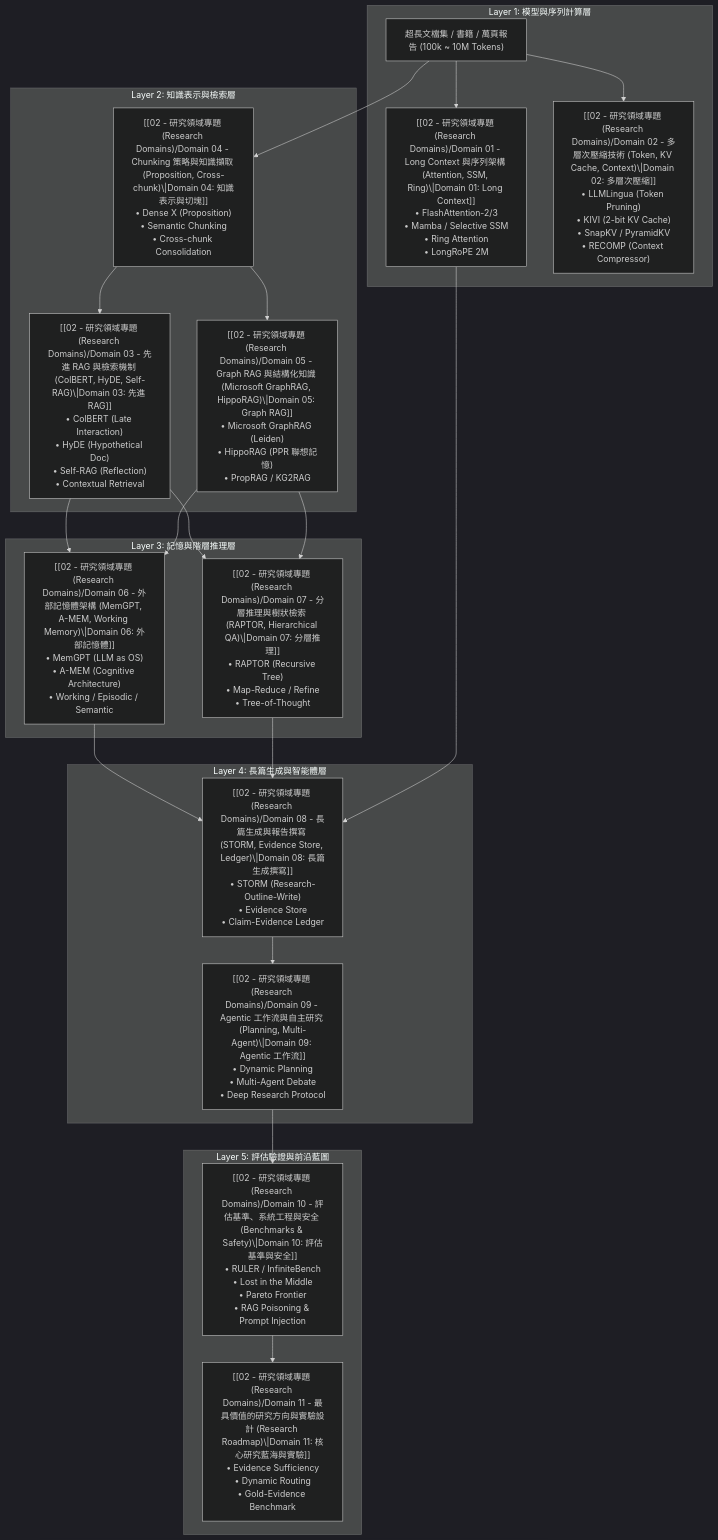
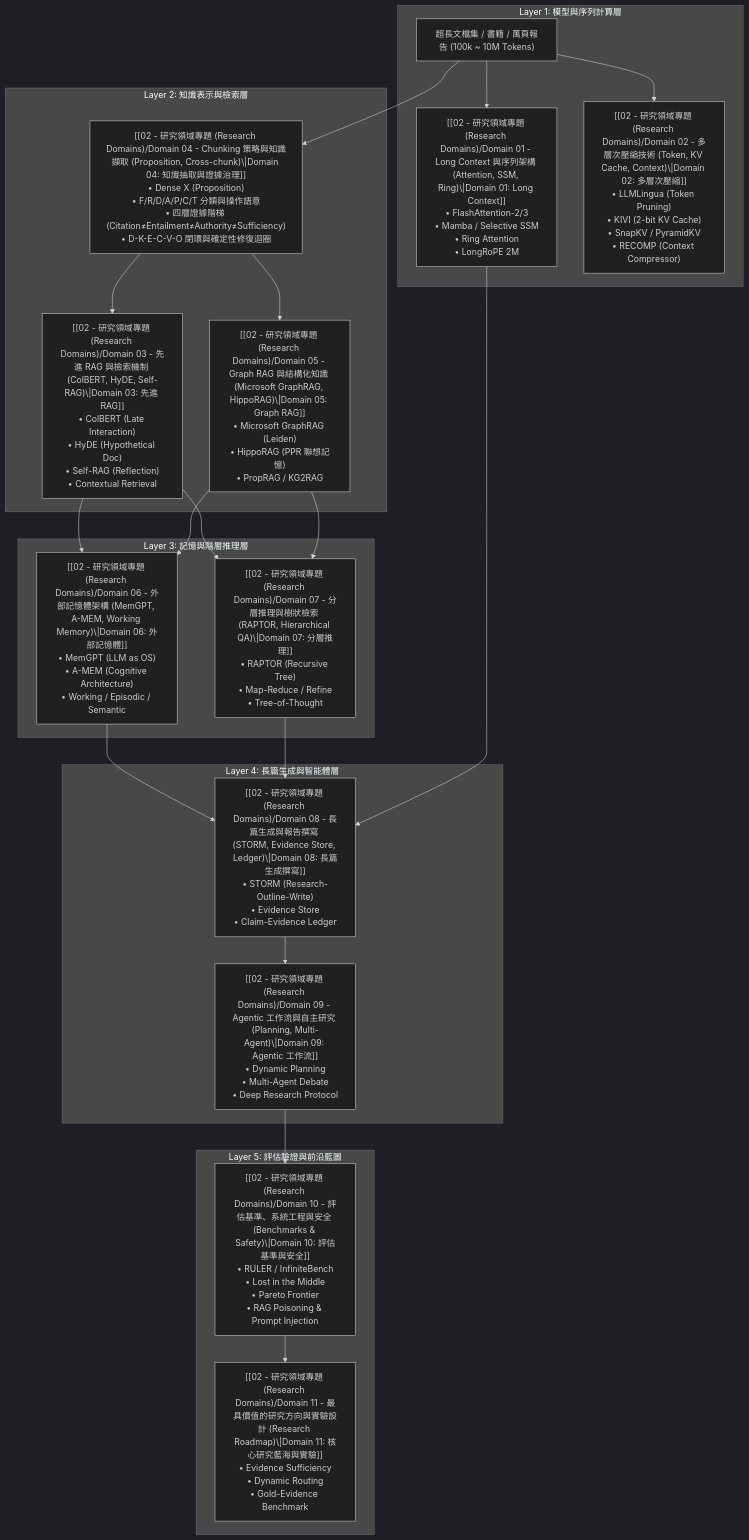
One commit to Cycl0n3-ga/RAG-survey changed the diagram in 00 - 導覽與心智圖 (Navigation & MOC)/LLM 超長文件處理心智圖 (MOC).md. Above: the diagram before and after it, drawn with Mermaid (dark theme). The commit also changed other lines of this file and 6 other files, not shown here.

````diff
--- a/00 - 導覽與心智圖 (Navigation & MOC)/LLM 超長文件處理心智圖 (MOC).md
+++ b/00 - 導覽與心智圖 (Navigation & MOC)/LLM 超長文件處理心智圖 (MOC).md
@@ -18,30 +18,30 @@
 ```mermaid
 graph TD
     DOC["超長文檔集 / 書籍 / 萬頁報告 (100k ~ 10M Tokens)"]
 
     subgraph Layer 1: 模型與序列計算層
         DOC --> LC["[[02 - 研究領域專題 (Research Domains)/Domain 01 - Long Context 與序列架構 (Attention, SSM, Ring)\|Domain 01: Long Context]]<br>• FlashAttention-2/3<br>• Mamba / Selective SSM<br>• Ring Attention<br>• LongRoPE 2M"]
         DOC --> CP["[[02 - 研究領域專題 (Research Domains)/Domain 02 - 多層次壓縮技術 (Token, KV Cache, Context)\|Domain 02: 多層次壓縮]]<br>• LLMLingua (Token Pruning)<br>• KIVI (2-bit KV Cache)<br>• SnapKV / PyramidKV<br>• RECOMP (Context Compressor)"]
     end
 
     subgraph Layer 2: 知識表示與檢索層
-        DOC --> CK["[[02 - 研究領域專題 (Research Domains)/Domain 04 - Chunking 策略與知識擷取 (Proposition, Cross-chunk)\|Domain 04: 知識表示與切塊]]<br>• Dense X (Proposition)<br>• Semantic Chunking<br>• Cross-chunk Consolidation"]
+        DOC --> CK["[[02 - 研究領域專題 (Research Domains)/Domain 04 - Chunking 策略與知識擷取 (Proposition, Cross-chunk)\|Domain 04: 知識抽取與證據治理]]<br>• Dense X (Proposition)<br>• F/R/D/A/P/C/T 分類與操作語意<br>• 四層證據階梯 (Citation≠Entailment≠Authority≠Sufficiency)<br>• D-K-E-C-V-O 閉環與確定性修復迴圈"]
         CK --> RAG["[[02 - 研究領域專題 (Research Domains)/Domain 03 - 先進 RAG 與檢索機制 (ColBERT, HyDE, Self-RAG)\|Domain 03: 先進 RAG]]<br>• ColBERT (Late Interaction)<br>• HyDE (Hypothetical Doc)<br>• Self-RAG (Reflection)<br>• Contextual Retrieval"]
         CK --> GRAG["[[02 - 研究領域專題 (Research Domains)/Domain 05 - Graph RAG 與結構化知識 (Microsoft GraphRAG, HippoRAG)\|Domain 05: Graph RAG]]<br>• Microsoft GraphRAG (Leiden)<br>• HippoRAG (PPR 聯想記憶)<br>• PropRAG / KG2RAG"]
     end
 
     subgraph Layer 3: 記憶與階層推理層
         RAG & GRAG --> MEM["[[02 - 研究領域專題 (Research Domains)/Domain 06 - 外部記憶體架構 (MemGPT, A-MEM, Working Memory)\|Domain 06: 外部記憶體]]<br>• MemGPT (LLM as OS)<br>• A-MEM (Cognitive Architecture)<br>• Working / Episodic / Semantic"]
         RAG & GRAG --> TREE["[[02 - 研究領域專題 (Research Domains)/Domain 07 - 分層推理與樹狀檢索 (RAPTOR, Hierarchical QA)\|Domain 07: 分層推理]]<br>• RAPTOR (Recursive Tree)<br>• Map-Reduce / Refine<br>• Tree-of-Thought"]
     end
 
     subgraph Layer 4: 長篇生成與智能體層
         MEM & TREE & LC --> GEN["[[02 - 研究領域專題 (Research Domains)/Domain 08 - 長篇生成與報告撰寫 (STORM, Evidence Store, Ledger)\|Domain 08: 長篇生成撰寫]]<br>• STORM (Research-Outline-Write)<br>• Evidence Store<br>• Claim-Evidence Ledger"]
         GEN --> AGENT["[[02 - 研究領域專題 (Research Domains)/Domain 09 - Agentic 工作流與自主研究 (Planning, Multi-Agent)\|Domain 09: Agentic 工作流]]<br>• Dynamic Planning<br>• Multi-Agent Debate<br>• Deep Research Protocol"]
     end
 
     subgraph Layer 5: 評估驗證與前沿藍圖
         AGENT --> EVAL["[[02 - 研究領域專題 (Research Domains)/Domain 10 - 評估基準、系統工程與安全 (Benchmarks & Safety)\|Domain 10: 評估基準與安全]]<br>• RULER / InfiniteBench<br>• Lost in the Middle<br>• Pareto Frontier<br>• RAG Poisoning & Prompt Injection"]
         EVAL --> ROAD["[[02 - 研究領域專題 (Research Domains)/Domain 11 - 最具價值的研究方向與實驗設計 (Research Roadmap)\|Domain 11: 核心研究藍海與實驗]]<br>• Evidence Sufficiency<br>• Dynamic Routing<br>• Gold-Evidence Benchmark"]
     end
 ```
````
